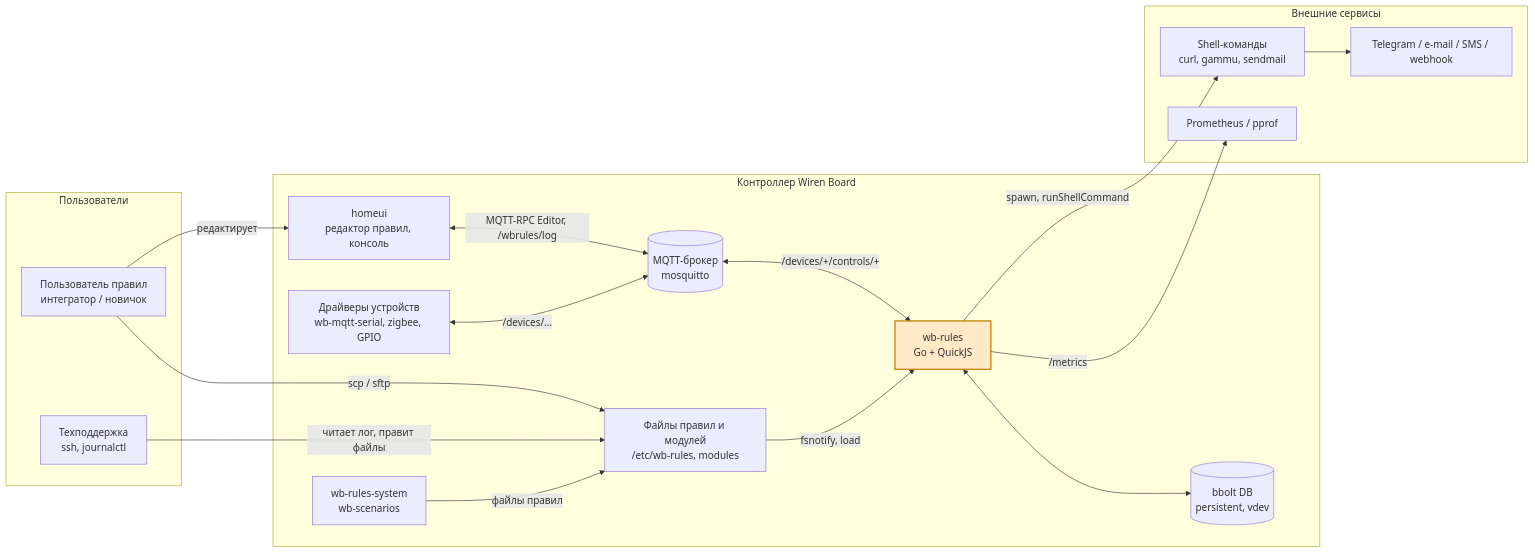
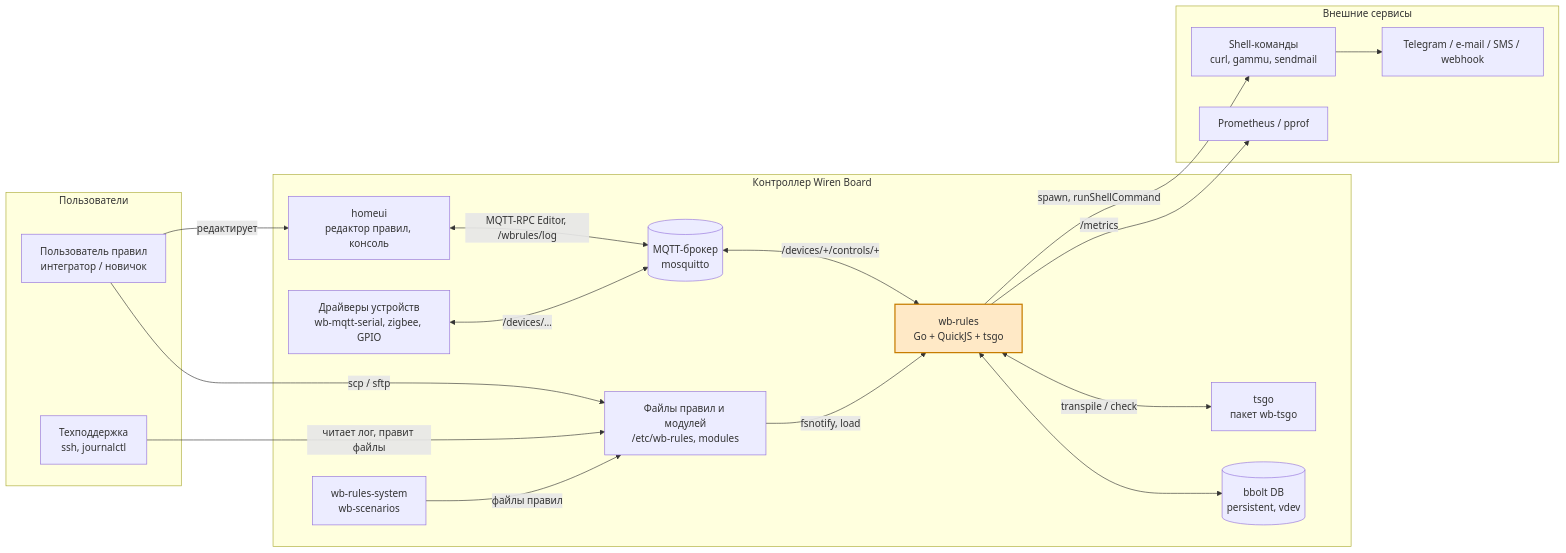
Before and after one commit to wirenboard/wb-rules: the diagram in docs/arc42/03-context-scope.md, drawn with Mermaid. The commit also changed other lines of this file and 24 other files, not shown here.

````diff
--- a/docs/arc42/03-context-scope.md
+++ b/docs/arc42/03-context-scope.md
@@ -9,34 +9,36 @@
 ```mermaid
 graph LR
     subgraph users[Пользователи]
         U["Пользователь правил<br/>интегратор / новичок"]
         S["Техподдержка<br/>ssh, journalctl"]
     end
     subgraph ctrl[Контроллер Wiren Board]
         H["homeui<br/>редактор правил, консоль"]
-        R["wb-rules<br/>Go + QuickJS"]
+        R["wb-rules<br/>Go + QuickJS + tsgo"]
         B[("MQTT-брокер<br/>mosquitto")]
         D["Драйверы устройств<br/>wb-mqtt-serial, zigbee, GPIO"]
         SYS["wb-rules-system<br/>wb-scenarios"]
+        T["tsgo<br/>пакет wb-tsgo"]
         F["Файлы правил и модулей<br/>/etc/wb-rules, modules"]
         DB[("bbolt DB<br/>persistent, vdev")]
     end
     subgraph ext[Внешние сервисы]
         N["Telegram / e-mail / SMS / webhook"]
         SH["Shell-команды<br/>curl, gammu, sendmail"]
         P["Prometheus / pprof"]
     end
     U -->|редактирует| H
     U -->|scp / sftp| F
     S -->|читает лог, правит файлы| F
     H <-->|MQTT-RPC Editor, /wbrules/log| B
     B <-->|/devices/+/controls/+| R
     D <-->|/devices/…| B
     SYS -->|файлы правил| F
     F -->|fsnotify, load| R
+    R <-->|transpile / check| T
     R -->|spawn, runShellCommand| SH
     SH --> N
     R <--> DB
     R -->|/metrics| P
     style R fill:#ffe9c6,stroke:#c77d00,stroke-width:2px
 ```
````
